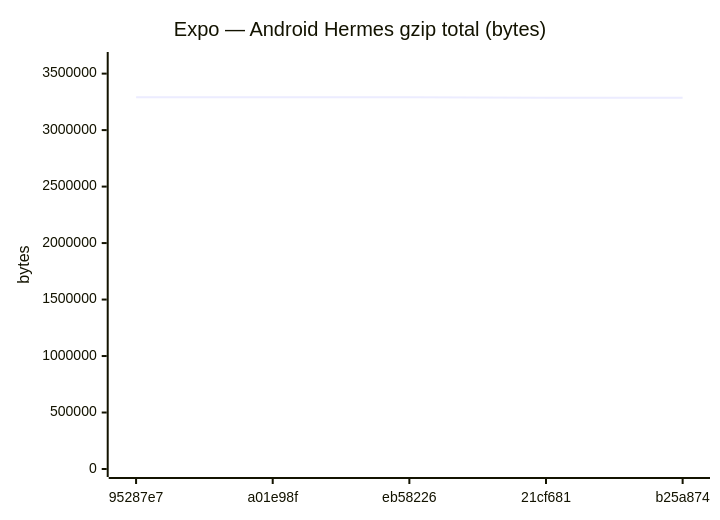
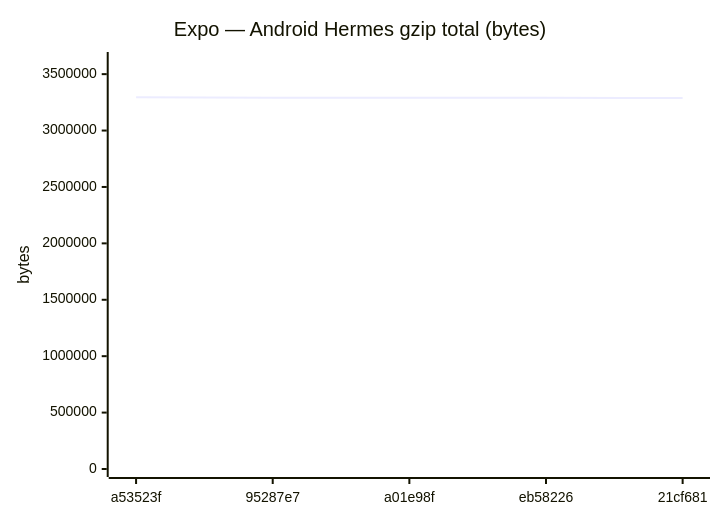
Diagram 11 of 18 in benchmarks/compare.md (Metaheurist/Rianell), drawn with Mermaid before and after one commit. The commit also changed other lines of this file and 11 other files, not shown here.

````diff
--- a/benchmarks/compare.md
+++ b/benchmarks/compare.md
@@ -172,7 +172,7 @@
 ```mermaid
 xychart-beta
     title "Expo — Android Hermes gzip total (bytes)"
-    x-axis ["95287e7", "a01e98f", "eb58226", "21cf681", "b25a874"]
-    y-axis "bytes" 0 --> 3620611
-    line [3291461, 3291455, 3291464, 3287427, 3287424]
+    x-axis ["a53523f", "95287e7", "a01e98f", "eb58226", "21cf681"]
+    y-axis "bytes" 0 --> 3625333
+    line [3295757, 3291461, 3291455, 3291464, 3287427]
 ```
````
